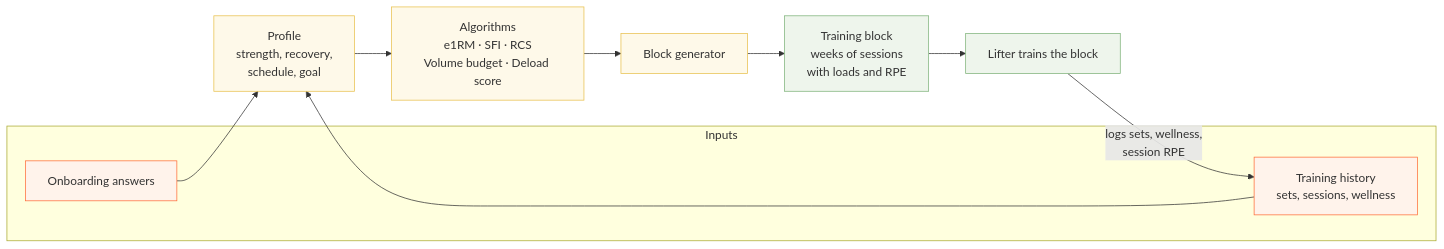
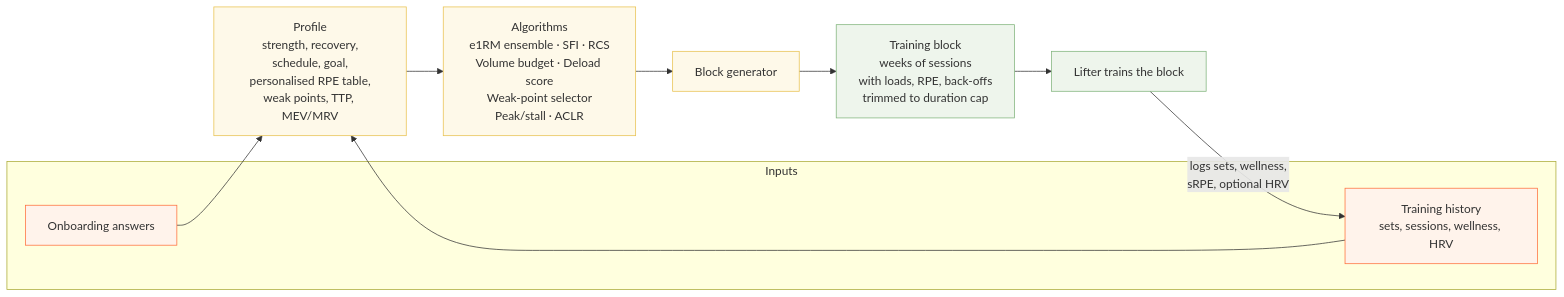
Before and after one commit to taylorelley/tensile: the first of 8 diagrams in docs/program-generation.md, drawn with Mermaid. The commit also changed other lines of this file, not shown here.

````diff
--- a/docs/program-generation.md
+++ b/docs/program-generation.md
@@ -18,24 +20,24 @@
 ```mermaid
 flowchart LR
   subgraph Inputs
     O[Onboarding answers]
-    H[Training history<br/>sets, sessions, wellness]
+    H[Training history<br/>sets, sessions, wellness, HRV]
   end
 
-  O --> P[Profile<br/>strength, recovery,<br/>schedule, goal]
+  O --> P[Profile<br/>strength, recovery,<br/>schedule, goal,<br/>personalised RPE table,<br/>weak points, TTP, MEV/MRV]
   H --> P
 
-  P --> A[Algorithms<br/>e1RM · SFI · RCS<br/>Volume budget · Deload score]
+  P --> A[Algorithms<br/>e1RM ensemble · SFI · RCS<br/>Volume budget · Deload score<br/>Weak-point selector<br/>Peak/stall · ACLR]
   A --> G[Block generator]
-  G --> B[Training block<br/>weeks of sessions<br/>with loads and RPE]
+  G --> B[Training block<br/>weeks of sessions<br/>with loads, RPE, back-offs<br/>trimmed to duration cap]
 
   B --> T[Lifter trains the block]
-  T -->|logs sets, wellness,<br/>session RPE| H
+  T -->|logs sets, wellness,<br/>sRPE, optional HRV| H
 
   classDef inputs fill:#fff3eb,stroke:#ff6e3a,color:#333;
   classDef brain fill:#fef9e9,stroke:#e8c14e,color:#333;
   classDef block fill:#eef5ec,stroke:#7fb37a,color:#333;
   class O,H inputs;
   class P,A,G brain;
   class B,T block;
 ```
````
